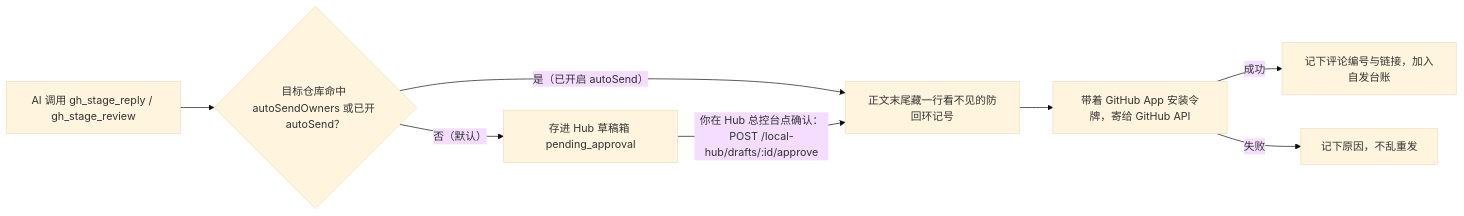
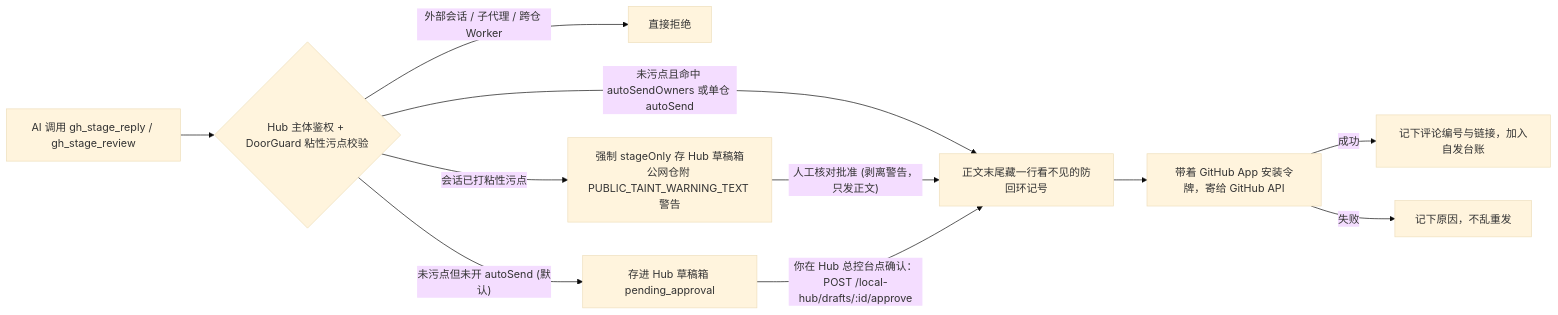
One commit to V1ki/dsh-watcher changed the fifth of 5 diagrams in docs/05-消息怎么真正发出去.md. Above: the diagram before and after it, drawn with Mermaid (base theme). The commit also changed other lines of this file and 5 other files, not shown here.

Commit message:
docs: update architecture, message flows, security gates, and outbound docs for HubVault and Router refactor

````diff
--- a/docs/05-消息怎么真正发出去.md
+++ b/docs/05-消息怎么真正发出去.md
@@ -139,10 +144,13 @@
 ```mermaid
 flowchart LR
-    AI["AI 调用 gh_stage_reply / gh_stage_review"] --> ROUTE{"目标仓库命中 autoSendOwners 或已开 autoSend？"}
-    ROUTE -->|"是（已开启 autoSend）"| MARK["正文末尾藏一行看不见的防回环记号"]
-    ROUTE -->|"否（默认）"| DRAFT["存进 Hub 草稿箱 pending_approval"]
+    AI["AI 调用 gh_stage_reply / gh_stage_review"] --> AUTH{"Hub 主体鉴权 + DoorGuard 粘性污点校验"}
+    AUTH -->|"外部会话 / 子代理 / 跨仓 Worker"| DENY["直接拒绝"]
+    AUTH -->|"会话已打粘性污点"| DRAFT_T["强制 stageOnly 存 Hub 草稿箱<br/>公网仓附 PUBLIC_TAINT_WARNING_TEXT 警告"]
+    AUTH -->|"未污点且命中 autoSendOwners 或单仓 autoSend"| MARK["正文末尾藏一行看不见的防回环记号"]
+    AUTH -->|"未污点但未开 autoSend (默认)"| DRAFT["存进 Hub 草稿箱 pending_approval"]
+    DRAFT_T -->|"人工核对批准 (剥离警告，只发正文)"| MARK
     DRAFT -->|"你在 Hub 总控台点确认：POST /local-hub/drafts/:id/approve"| MARK
     MARK --> POST["带着 GitHub App 安装令牌，寄给 GitHub API"]
     POST -->|"成功"| OK["记下评论编号与链接，加入自发台账"]
     POST -->|"失败"| FAIL["记下原因，不乱重发"]
 ```
````
